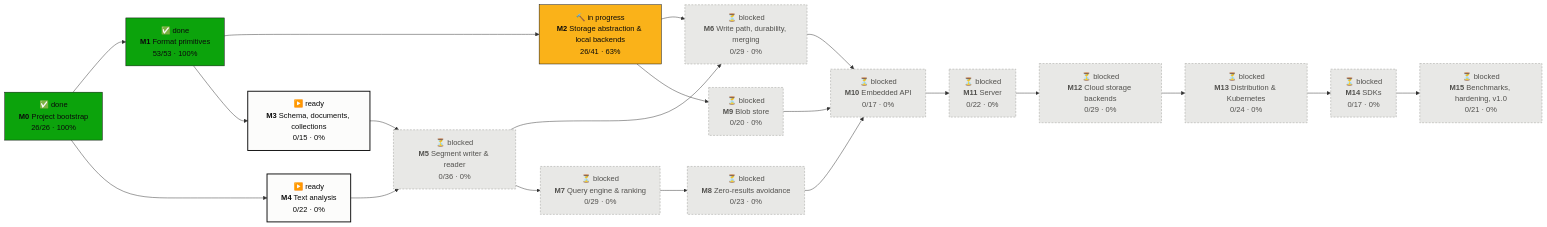
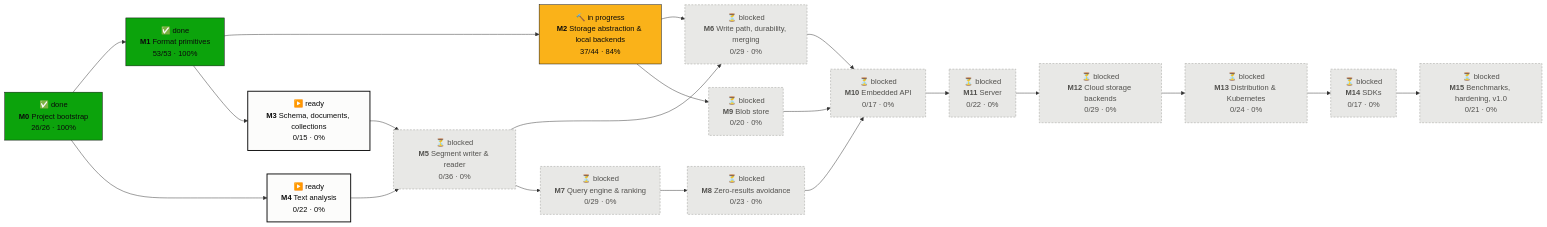
One commit to tomiok/persiaDB changed the first of 2 diagrams in PROGRESS.md. Above: the diagram before and after it, drawn with Mermaid. The commit also changed other lines of this file and 2 other files, not shown here.

Commit message:
chore(roadmap): tick 2.3.9, 2.4.5.3, 2.4.8, 2.4.10-2.4.16; defer 2.4.6 to M6; add 2.4.17-2.4.19

````diff
--- a/PROGRESS.md
+++ b/PROGRESS.md
@@ -14,42 +14,42 @@
 ```mermaid
 flowchart LR
   M0["✅ done<br/><b>M0</b> Project bootstrap<br/>26/26 · 100%"]:::done
   M1["✅ done<br/><b>M1</b> Format primitives<br/>53/53 · 100%"]:::done
-  M2["🔨 in progress<br/><b>M2</b> Storage abstraction & local backends<br/>26/41 · 63%"]:::doing
+  M2["🔨 in progress<br/><b>M2</b> Storage abstraction & local backends<br/>37/44 · 84%"]:::doing
   M3["▶️ ready<br/><b>M3</b> Schema, documents, collections<br/>0/15 · 0%"]:::ready
   M4["▶️ ready<br/><b>M4</b> Text analysis<br/>0/22 · 0%"]:::ready
   M5["⏳ blocked<br/><b>M5</b> Segment writer & reader<br/>0/36 · 0%"]:::blocked
   M6["⏳ blocked<br/><b>M6</b> Write path, durability, merging<br/>0/29 · 0%"]:::blocked
   M7["⏳ blocked<br/><b>M7</b> Query engine & ranking<br/>0/29 · 0%"]:::blocked
   M8["⏳ blocked<br/><b>M8</b> Zero-results avoidance<br/>0/23 · 0%"]:::blocked
   M9["⏳ blocked<br/><b>M9</b> Blob store<br/>0/20 · 0%"]:::blocked
   M10["⏳ blocked<br/><b>M10</b> Embedded API<br/>0/17 · 0%"]:::blocked
   M11["⏳ blocked<br/><b>M11</b> Server<br/>0/22 · 0%"]:::blocked
   M12["⏳ blocked<br/><b>M12</b> Cloud storage backends<br/>0/29 · 0%"]:::blocked
   M13["⏳ blocked<br/><b>M13</b> Distribution & Kubernetes<br/>0/24 · 0%"]:::blocked
   M14["⏳ blocked<br/><b>M14</b> SDKs<br/>0/17 · 0%"]:::blocked
   M15["⏳ blocked<br/><b>M15</b> Benchmarks, hardening, v1.0<br/>0/21 · 0%"]:::blocked
   M0 --> M1
   M1 --> M2
   M1 --> M3
   M0 --> M4
   M3 --> M5
   M4 --> M5
   M2 --> M6
   M5 --> M6
   M5 --> M7
   M7 --> M8
   M2 --> M9
   M6 --> M10
   M8 --> M10
   M9 --> M10
   M10 --> M11
   M11 --> M12
   M12 --> M13
   M13 --> M14
   M14 --> M15
   classDef done fill:#0ca30c,stroke:#0b0b0b,color:#0b0b0b
   classDef doing fill:#fab219,stroke:#0b0b0b,color:#0b0b0b
   classDef ready fill:#fcfcfb,stroke:#0b0b0b,stroke-width:2px,color:#0b0b0b
   classDef blocked fill:#e8e8e6,stroke:#9a9a96,stroke-dasharray:4 3,color:#52514e
 ```
````
